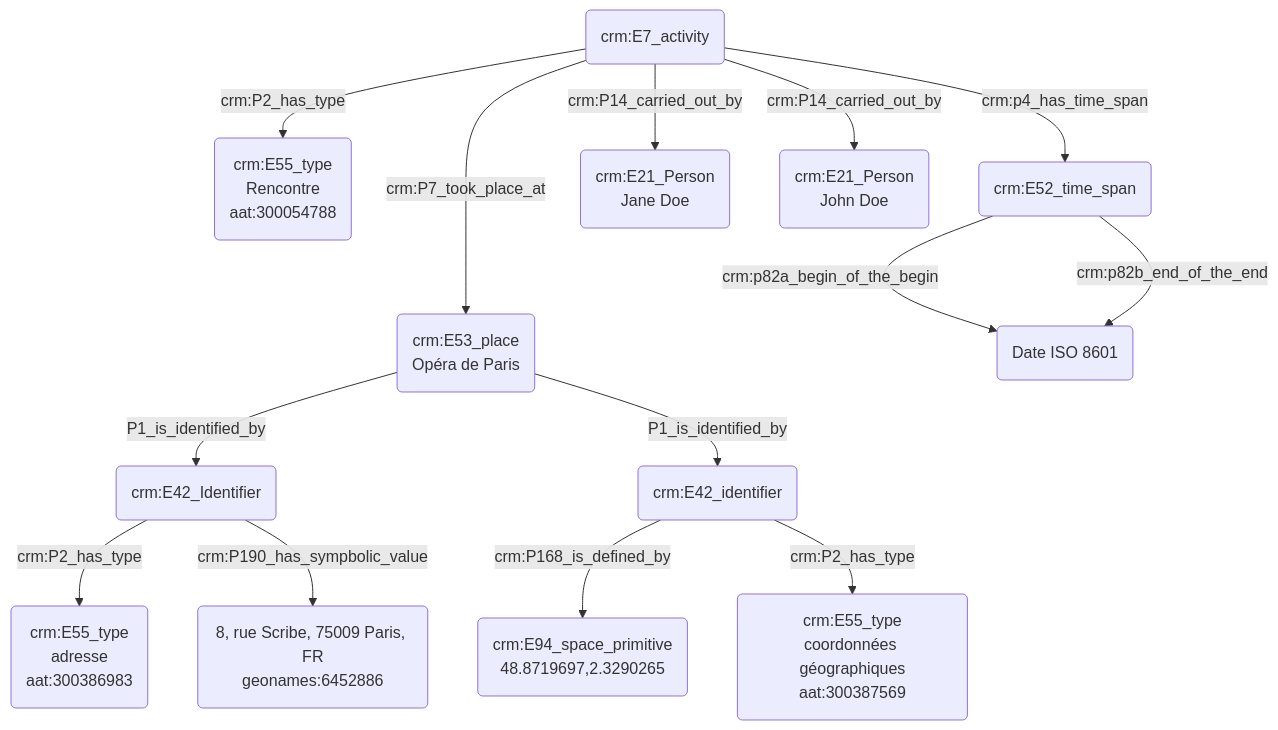
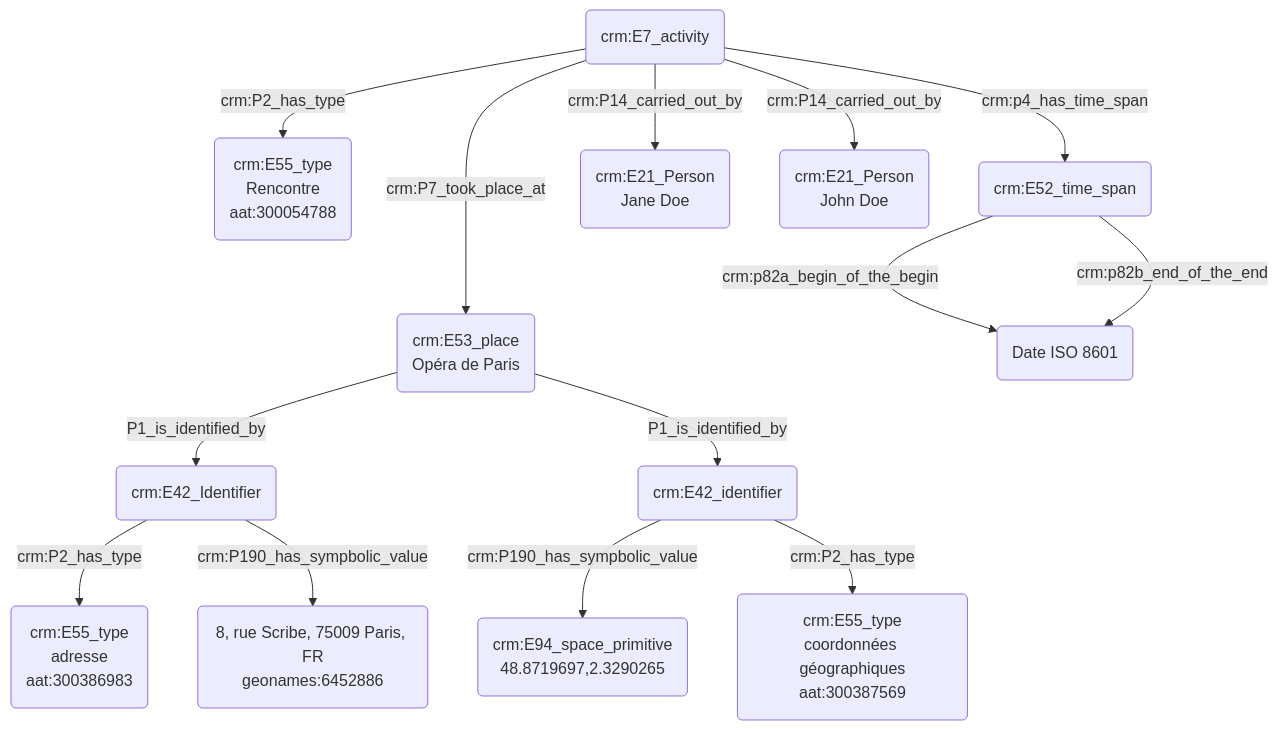
Before and after one commit to Amleth/consortium-musica2-gt2-ontologies: the diagram in modules/livrables/prosopographie/rencontre de quelqu'un dans un lieu fréquenté par les deux personnes.md, drawn with Mermaid.

Commit message:
Update rencontre de quelqu'un dans un lieu fréquenté par les deux personnes.md

````diff
--- a/modules/livrables/prosopographie/rencontre de quelqu'un dans un lieu fréquenté par les deux personnes.md
+++ b/modules/livrables/prosopographie/rencontre de quelqu'un dans un lieu fréquenté par les deux personnes.md
@@ -17,20 +17,20 @@
 ```mermaid
 graph TD;
 
 K(crm:E7_activity<br>rencontre) --->|crm:P7_took_place_at| M(crm:E53_place<br>Opéra de Paris)
 M(crm:E53_place<br>Opéra de Paris) --> |P1_is_identified_by| O(crm:E42_Identifier)
 O(crm:E42_Identifier) --> |crm:P2_has_type| P(crm:E55_type<br>adresse<br>aat:300386983)
 O(crm:E42_Identifier) --> |crm:P190_has_sympbolic_value| Q(8, rue Scribe, 75009 Paris, FR<br>geonames:6452886)
 K(crm:E7_activity<br>recontre) --> |crm:P2_has_type| L(crm:E55_type<br>Rencontre<br>aat:300054788)
 M(crm:E53_place<br>Opéra de Paris) --> |P1_is_identified_by| R(crm:E42_Identifier)
-R(crm:E42_identifier) --> |crm:P168_is_defined_by| S(crm:E94_space_primitive<br>48.8719697,2.3290265)
+R(crm:E42_identifier) --> |crm:P190_has_sympbolic_value| S(crm:E94_space_primitive<br>48.8719697,2.3290265)
 R(crm:E42_identifier) --> |crm:P2_has_type| T(crm:E55_type<br>coordonnées géographiques<br>aat:300387569)
  
 K(crm:E7_activity) --> |crm:p4_has_time_span| D(crm:E52_time_span)
 D(crm:E52_time_span) --> |crm:p82a_begin_of_the_begin| E("Date ISO 8601")
 D(crm:E52_time_span) --> |crm:p82b_end_of_the_end| E("Date ISO 8601")
 
 K(crm:E7_activity) -->|crm:P14_carried_out_by| A(crm:E21_Person<br>Jane Doe)
 K(crm:E7_activity) -->|crm:P14_carried_out_by| J(crm:E21_Person<br>John Doe)
 
 ```
````
